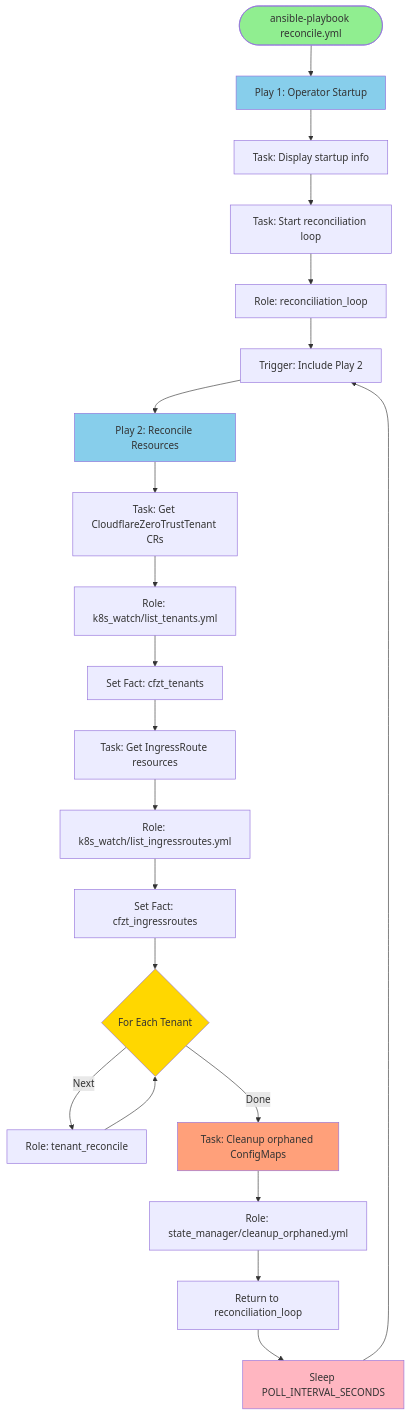
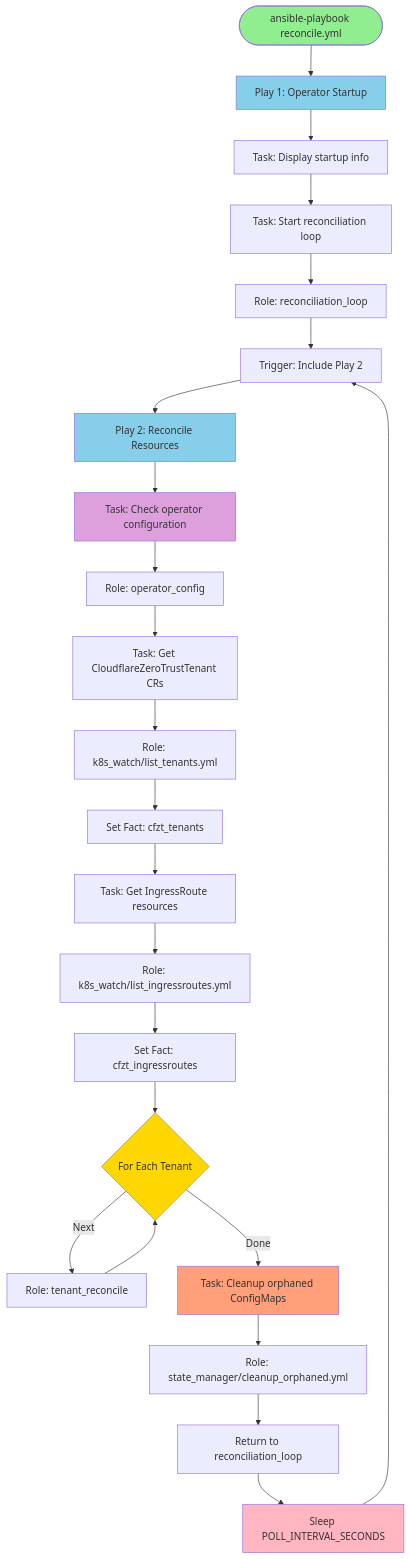
Before and after one commit to wheetazlab/cloudflare-zero-trust-operator: the third of 20 diagrams in docs/flow.md, drawn with Mermaid. The commit also changed other lines of this file and 13 other files, not shown here.

````diff
--- a/docs/flow.md
+++ b/docs/flow.md
@@ -130,41 +369,45 @@
 ```mermaid
 flowchart TD
     START([ansible-playbook reconcile.yml]) --> PLAY1[Play 1: Operator Startup]
     
     PLAY1 --> TASK1[Task: Display startup info]
     TASK1 --> TASK2[Task: Start reconciliation loop]
     
     TASK2 --> LOOP_ROLE[Role: reconciliation_loop]
     
     LOOP_ROLE --> TRIGGER[Trigger: Include Play 2]
     
     TRIGGER --> PLAY2[Play 2: Reconcile Resources]
     
-    PLAY2 --> K8S_TENANTS[Task: Get CloudflareZeroTrustTenant CRs]
+    PLAY2 --> OP_CONFIG[Task: Check operator configuration]
+    OP_CONFIG --> ROLE_OP_CONFIG[Role: operator_config]
+    ROLE_OP_CONFIG --> K8S_TENANTS[Task: Get CloudflareZeroTrustTenant CRs]
+    
     K8S_TENANTS --> ROLE_K8S_T[Role: k8s_watch/list_tenants.yml]
     ROLE_K8S_T --> SET_TENANTS[Set Fact: cfzt_tenants]
     
     SET_TENANTS --> K8S_IR[Task: Get IngressRoute resources]
     K8S_IR --> ROLE_K8S_IR[Role: k8s_watch/list_ingressroutes.yml]
     ROLE_K8S_IR --> SET_IR[Set Fact: cfzt_ingressroutes]
     
     SET_IR --> TENANT_LOOP{For Each Tenant}
     
     TENANT_LOOP -->|Next| ROLE_RECON[Role: tenant_reconcile]
     TENANT_LOOP -->|Done| CLEANUP[Task: Cleanup orphaned ConfigMaps]
     
     ROLE_RECON --> TENANT_LOOP
     
     CLEANUP --> ROLE_CLEANUP[Role: state_manager/cleanup_orphaned.yml]
     ROLE_CLEANUP --> RETURN[Return to reconciliation_loop]
     
     RETURN --> SLEEP[Sleep POLL_INTERVAL_SECONDS]
     SLEEP --> TRIGGER
     
     style START fill:#90EE90
     style PLAY1 fill:#87CEEB
     style PLAY2 fill:#87CEEB
+    style OP_CONFIG fill:#DDA0DD
     style TENANT_LOOP fill:#FFD700
     style CLEANUP fill:#FFA07A
     style SLEEP fill:#FFB6C1
 ```
````
